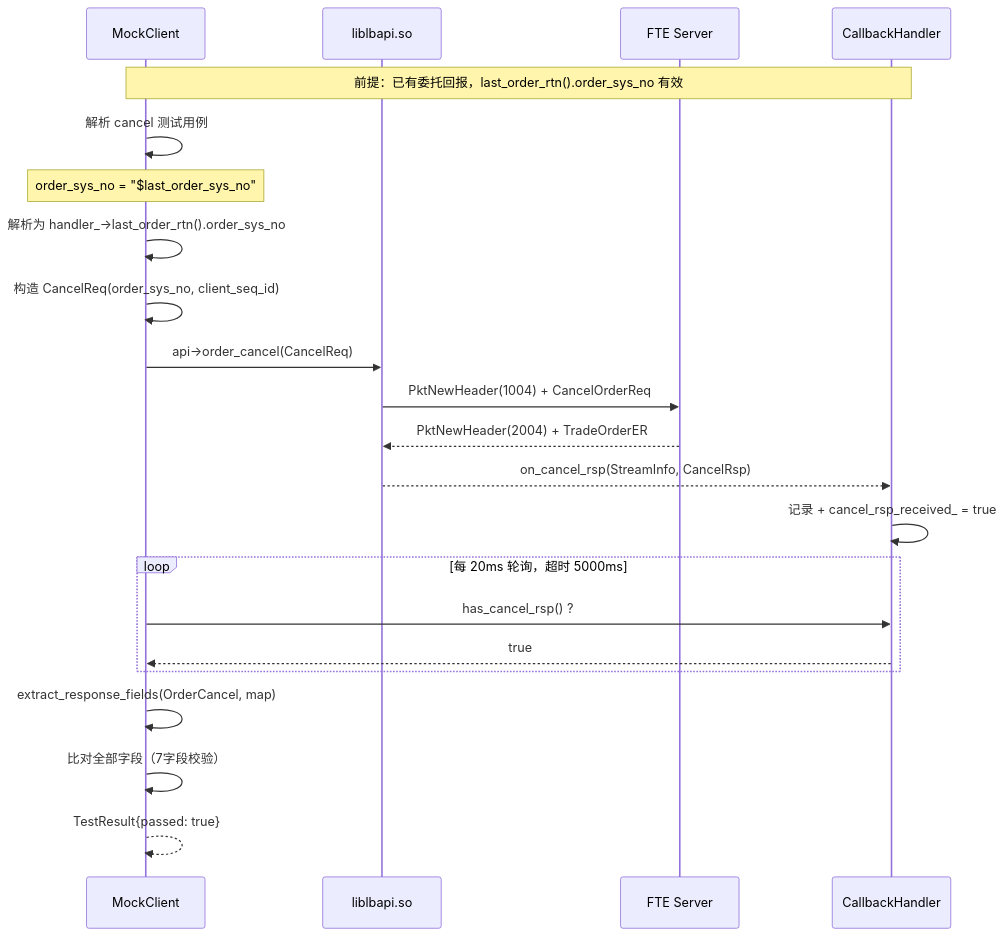
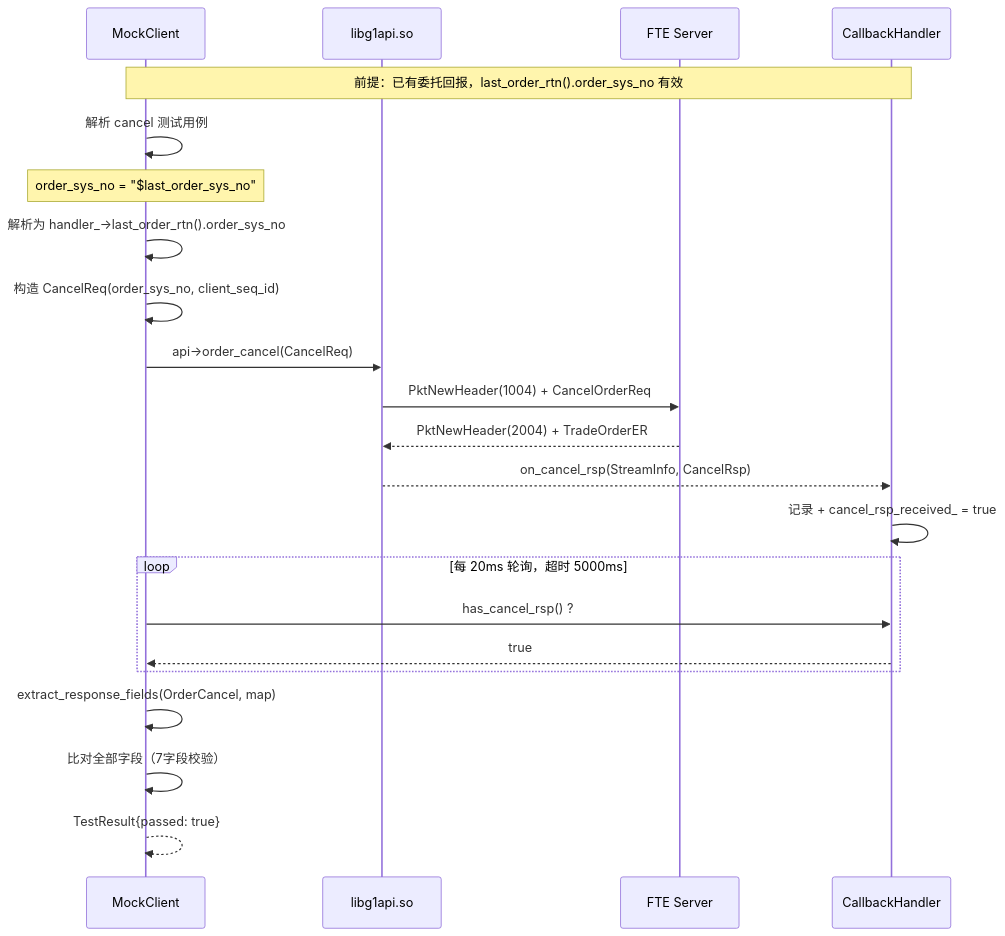
Before and after one commit to lishengze/server_9: the fifth of 5 diagrams in trunk/NewAPI/gone/api/mock/client/mock_client_design.md, drawn with Mermaid. The commit also changed other lines of this file and 115 other files, not shown here.

````diff
--- a/trunk/NewAPI/gone/api/mock/client/mock_client_design.md
+++ b/trunk/NewAPI/gone/api/mock/client/mock_client_design.md
@@ -708,28 +713,28 @@
 ```mermaid
 sequenceDiagram
     participant MC as MockClient
-    participant API as liblbapi.so
+    participant API as libg1api.so
     participant FTE as FTE Server
     participant CB as CallbackHandler
 
     Note over MC,CB: 前提：已有委托回报，last_order_rtn().order_sys_no 有效
 
     MC->>MC: 解析 cancel 测试用例
     Note over MC: order_sys_no = "$last_order_sys_no"
     MC->>MC: 解析为 handler_->last_order_rtn().order_sys_no
     MC->>MC: 构造 CancelReq(order_sys_no, client_seq_id)
     MC->>API: api->order_cancel(CancelReq)
     API->>FTE: PktNewHeader(1004) + CancelOrderReq
     FTE-->>API: PktNewHeader(2004) + TradeOrderER
     API-->>CB: on_cancel_rsp(StreamInfo, CancelRsp)
     CB->>CB: 记录 + cancel_rsp_received_ = true
 
     loop 每 20ms 轮询，超时 5000ms
         MC->>CB: has_cancel_rsp() ?
         CB-->>MC: true
     end
 
     MC->>MC: extract_response_fields(OrderCancel, map)
     MC->>MC: 比对全部字段（7字段校验）
     MC-->>MC: TestResult{passed: true}
 ```
````
